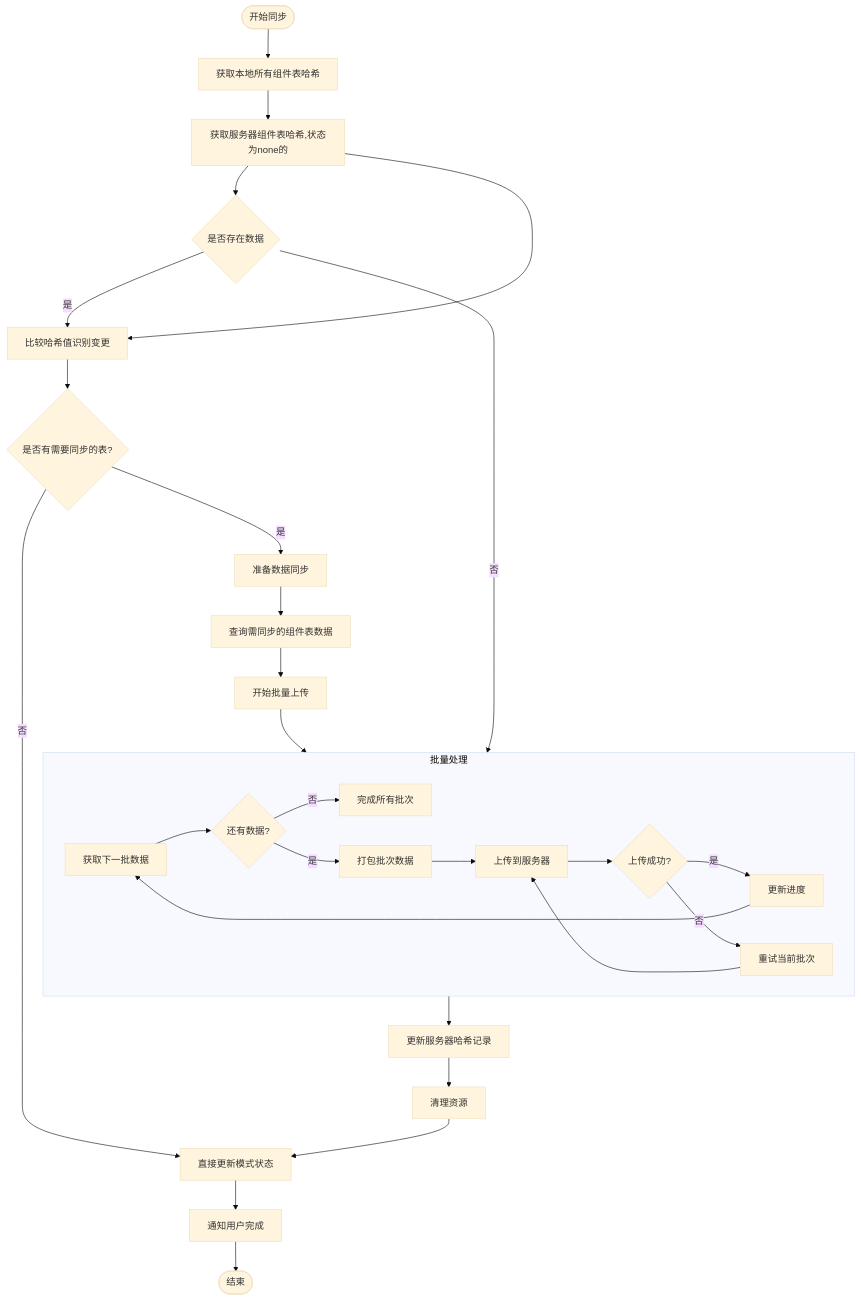
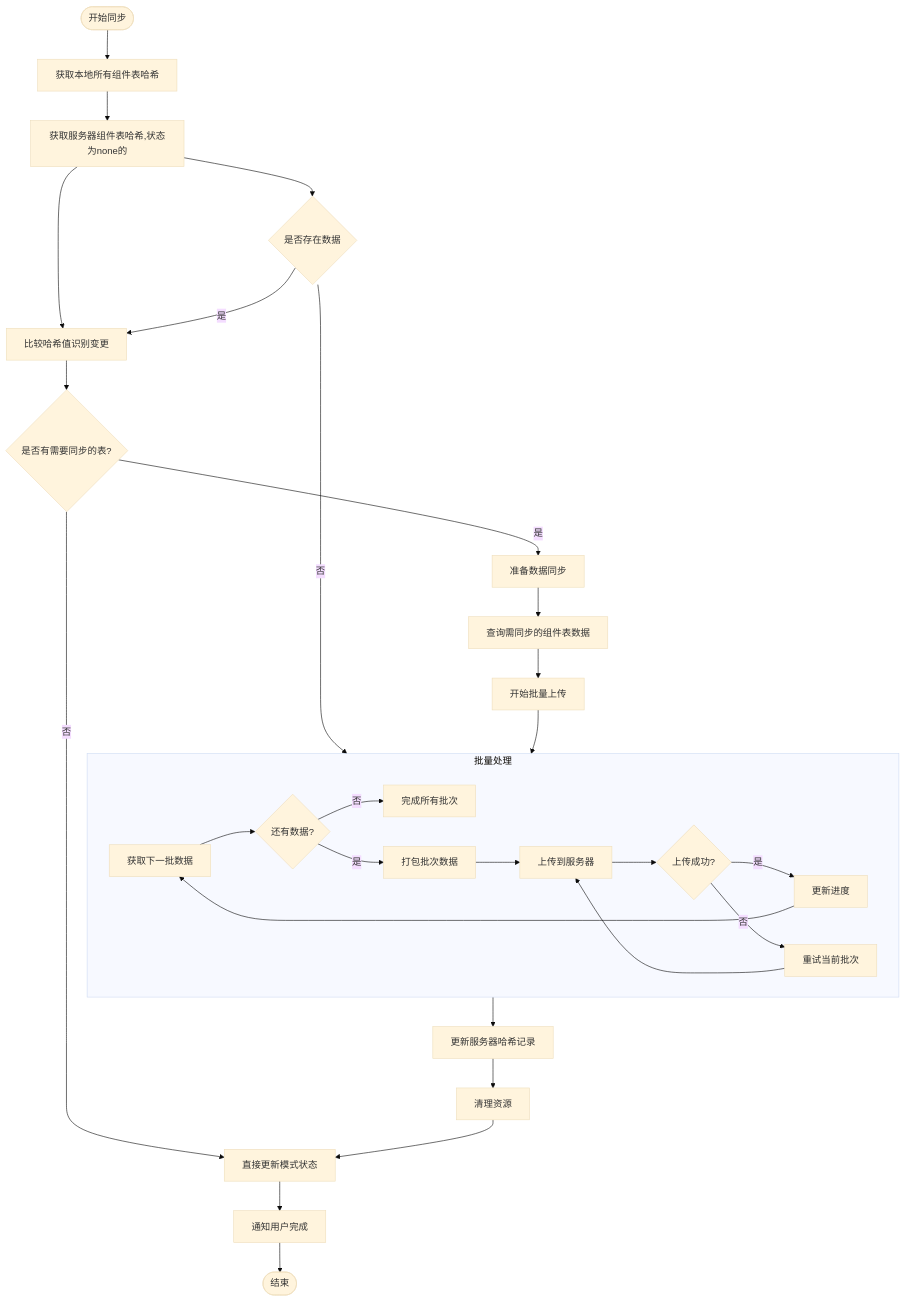
Before and after one commit to yingjianzh/iodraw-files: the diagram in all/未命名-51.md, drawn with Mermaid (base theme). The commit also changed other lines of this file, not shown here.

````diff
--- a/all/未命名-51.md
+++ b/all/未命名-51.md
@@ -1,38 +1,38 @@
 ```mermaid
 flowchart TD
     Start([开始同步]) --> FetchLocalHashes[获取本地所有组件表哈希]
     FetchLocalHashes --> FetchServerHashes[获取服务器组件表哈希,状态为none的]
     FetchServerHashes --> DataExist{是否存在数据} 
+    FetchServerHashes --> CompareHashes[比较哈希值识别变更]
 
     DataExist --> |是| CompareHashes
     DataExist --> |否| BatchProcess
 
-    FetchServerHashes --> CompareHashes[比较哈希值识别变更]
     
     CompareHashes --> NeedSync{是否有需要同步的表?}
     NeedSync -->|否| UpdateMode[直接更新模式状态]
     NeedSync -->|是| PrepareSync[准备数据同步]
     
     PrepareSync --> QueryChangedData[查询需同步的组件表数据]
     QueryChangedData --> BeginBatchUpload[开始批量上传]
     
     subgraph BatchProcess [批量处理]
         A[获取下一批数据] --> B{还有数据?}
         B -->|否| ExitLoop[完成所有批次]
         B -->|是| C[打包批次数据]
         C --> D[上传到服务器]
         D --> E{上传成功?}
         E -->|是| F[更新进度]
         E -->|否| G[重试当前批次]
         G --> D
         F --> A
     end
     
     BeginBatchUpload --> BatchProcess
     BatchProcess --> UpdateHashes[更新服务器哈希记录]
     UpdateHashes --> CleanupResources[清理资源]
     CleanupResources --> UpdateMode
     
     UpdateMode --> NotifyCompletion[通知用户完成]
     NotifyCompletion --> End([结束])
 ```
````
